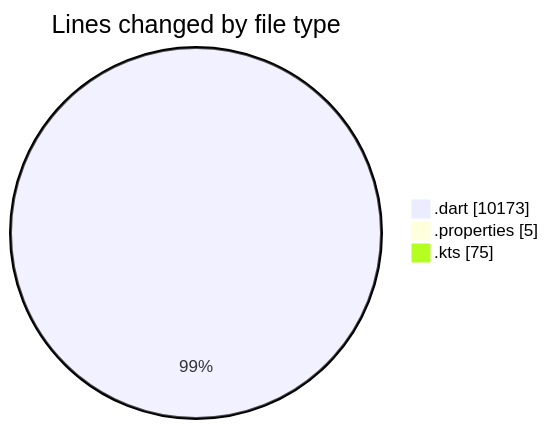
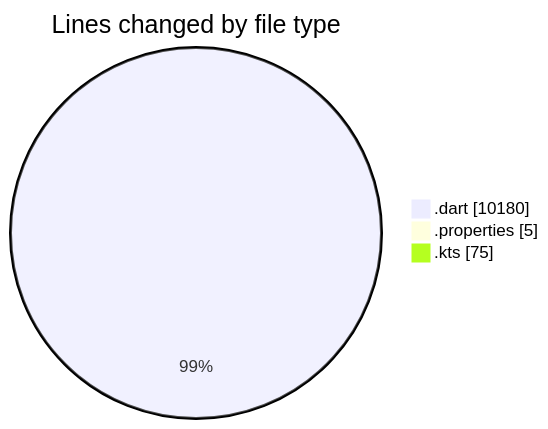
The first of 2 diagrams in 2025-08-25/studybuddy/README.md (lephambinh05/code-tracking), drawn with Mermaid before and after one commit. The commit also changed other lines of this file and 1 other file, not shown here.

````diff
--- a/2025-08-25/studybuddy/README.md
+++ b/2025-08-25/studybuddy/README.md
@@ -48,7 +48,7 @@
 ```mermaid
 pie showData
 title Lines changed by file type
-".dart" : 10173
+".dart" : 10180
 ".properties" : 5
 ".kts" : 75
 ```
````
